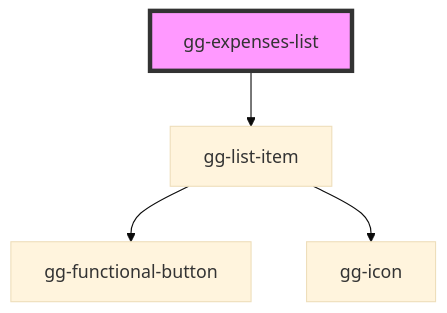
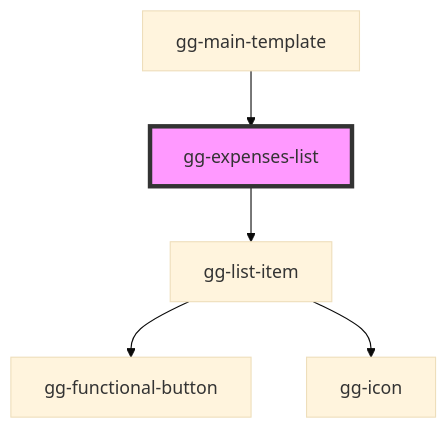
One commit to gulagha/expense-report changed the diagram in src/components/organisms/gg-expenses-list/readme.md. Above: the diagram before and after it, drawn with Mermaid (base theme). The commit also changed other lines of this file and 12 other files, not shown here.

First line of the commit message:
Add a template component for the main page

````diff
--- a/src/components/organisms/gg-expenses-list/readme.md
+++ b/src/components/organisms/gg-expenses-list/readme.md
@@ -15,7 +28,8 @@
 ```mermaid
 graph TD;
   gg-expenses-list --> gg-list-item
   gg-list-item --> gg-functional-button
   gg-list-item --> gg-icon
+  gg-main-template --> gg-expenses-list
   style gg-expenses-list fill:#f9f,stroke:#333,stroke-width:4px
 ```
````
